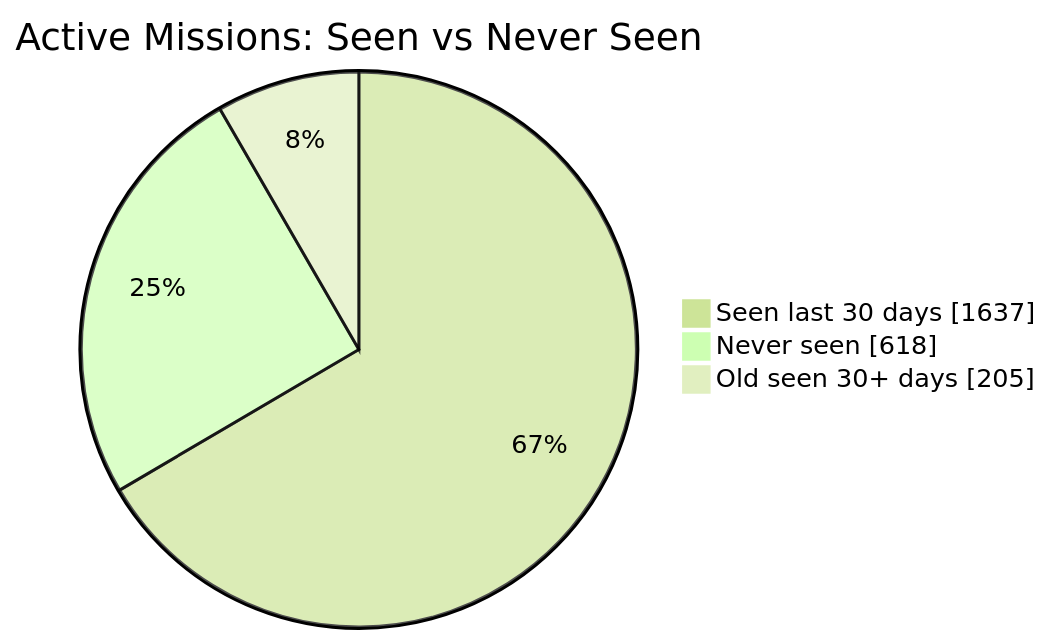
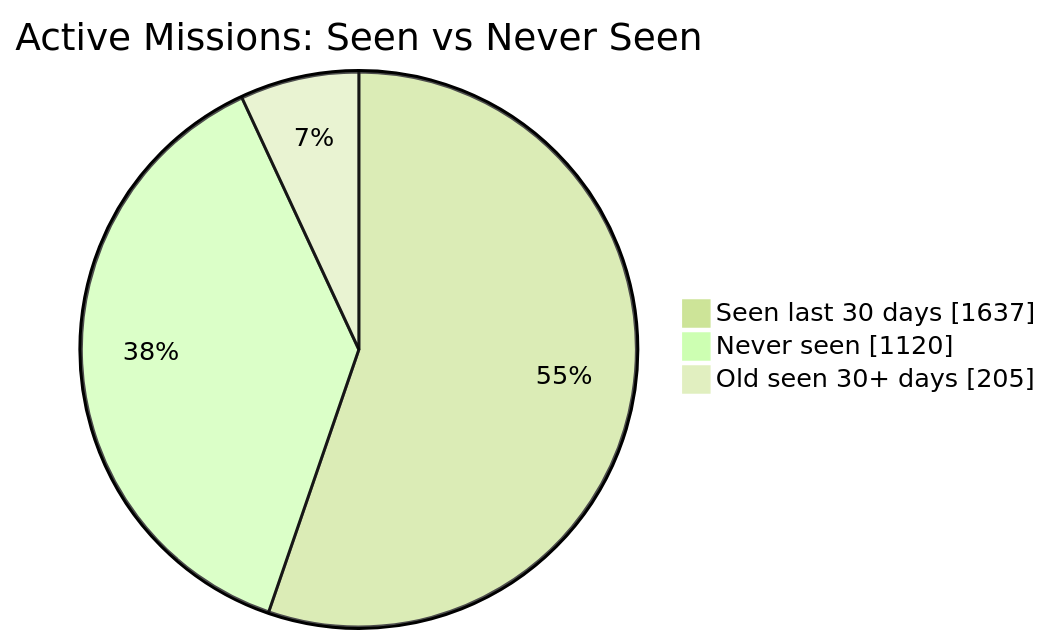
The first of 2 diagrams in README.md (MeldkamerspelGameTeam/active-missions), drawn with Mermaid (forest theme) before and after one commit. The commit also changed other lines of this file and 3 other files, not shown here.

````diff
--- a/README.md
+++ b/README.md
@@ -34,7 +34,7 @@
 ```mermaid
 pie showData
     title Active Missions: Seen vs Never Seen
     "Seen last 30 days" : 1637
-    "Never seen" : 618
+    "Never seen" : 1120
     "Old seen 30+ days" : 205
 ```
````
